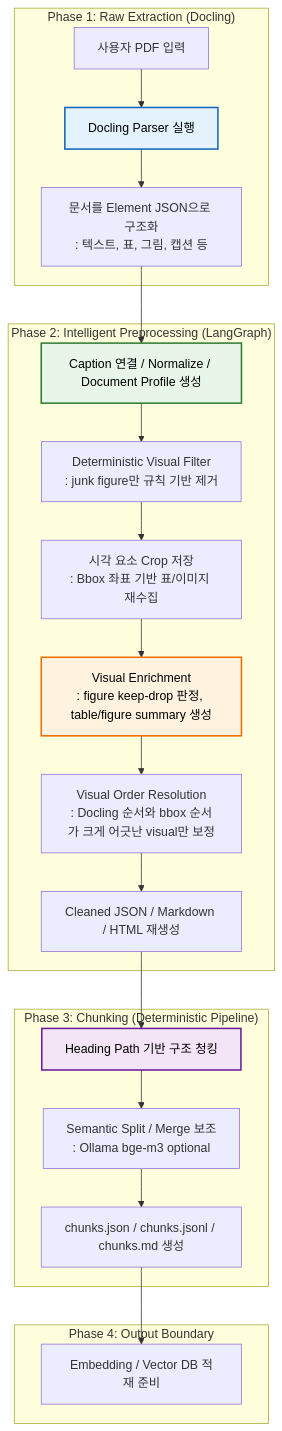
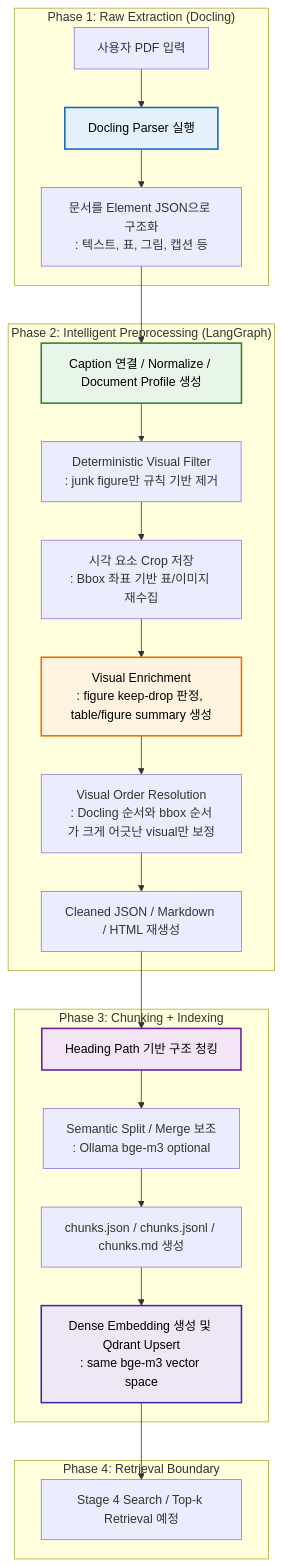
One commit to sonsukwoo/doc-chat-rag changed the diagram in README.md. Above: the diagram before and after it, drawn with Mermaid. The commit also changed other lines of this file and 12 other files, not shown here.

Commit message:
README 업데이트: chunking 설계 이유, stage3 indexing 통합, Qdrant payload 정책 정리

````diff
--- a/README.md
+++ b/README.md
@@ -54,31 +54,33 @@
 ```mermaid
 flowchart TD
     subgraph "Phase 1: Raw Extraction (Docling)"
         A[사용자 PDF 입력] --> B[Docling Parser 실행]
         B --> C[문서를 Element JSON으로 구조화\n: 텍스트, 표, 그림, 캡션 등]
     end
 
     subgraph "Phase 2: Intelligent Preprocessing (LangGraph)"
         C --> D[Caption 연결 / Normalize / Document Profile 생성]
         D --> E[Deterministic Visual Filter\n: junk figure만 규칙 기반 제거]
         E --> F[시각 요소 Crop 저장\n: Bbox 좌표 기반 표/이미지 재수집]
         F --> G[Visual Enrichment\n: figure keep-drop 판정, table/figure summary 생성]
         G --> H[Visual Order Resolution\n: Docling 순서와 bbox 순서가 크게 어긋난 visual만 보정]
         H --> I[Cleaned JSON / Markdown / HTML 재생성]
     end
 
-    subgraph "Phase 3: Chunking (Deterministic Pipeline)"
+    subgraph "Phase 3: Chunking + Indexing"
         I --> J[Heading Path 기반 구조 청킹]
         J --> K[Semantic Split / Merge 보조\n: Ollama bge-m3 optional]
         K --> L[chunks.json / chunks.jsonl / chunks.md 생성]
+        L --> M[Dense Embedding 생성 및 Qdrant Upsert\n: same bge-m3 vector space]
     end
 
-    subgraph "Phase 4: Output Boundary"
-        L --> M[Embedding / Vector DB 적재 준비]
+    subgraph "Phase 4: Retrieval Boundary"
+        M --> N[Stage 4 Search / Top-k Retrieval 예정]
     end
 
     style B fill:#e3f2fd,stroke:#1565c0,stroke-width:2px,color:#000
     style D fill:#e8f5e9,stroke:#2e7d32,stroke-width:2px,color:#000
     style G fill:#fff3e0,stroke:#ef6c00,stroke-width:2px,color:#000
     style J fill:#f3e5f5,stroke:#6a1b9a,stroke-width:2px,color:#000
+    style M fill:#ede7f6,stroke:#4527a0,stroke-width:2px,color:#000
 ```
````
